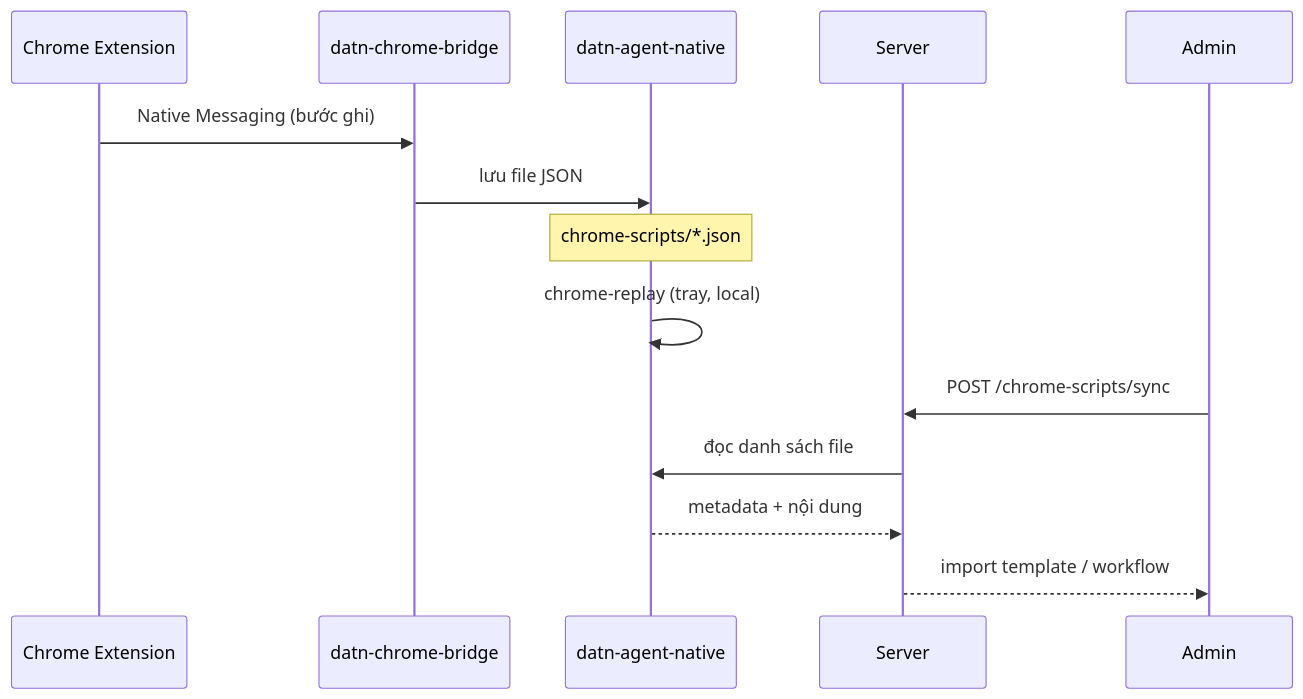
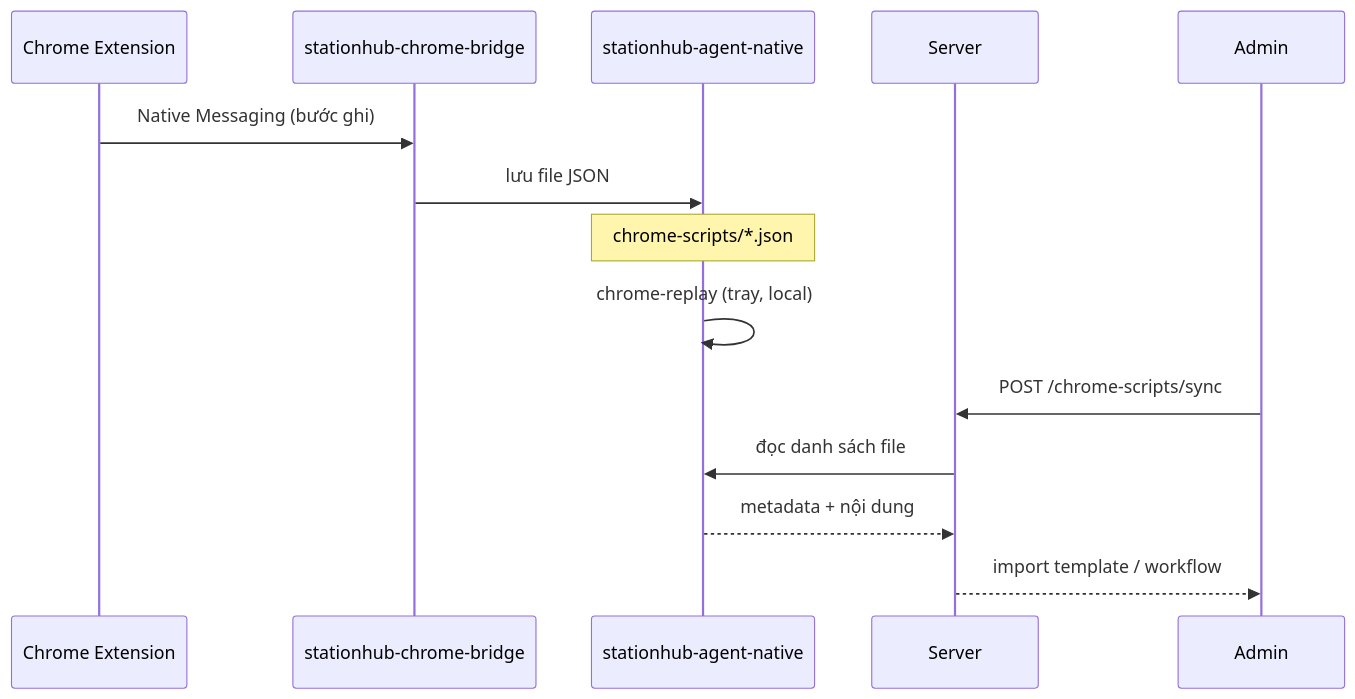
One commit to Daviseraaa/tdoan_remote_datn changed the first of 8 diagrams in README.md. Above: the diagram before and after it, drawn with Mermaid. The commit also changed other lines of this file and 376 other files, not shown here.

````diff
--- a/README.md
+++ b/README.md
@@ -165,17 +165,17 @@
 ```mermaid
 sequenceDiagram
   participant EXT as Chrome Extension
-  participant BR as datn-chrome-bridge
-  participant AG as datn-agent-native
+  participant BR as stationhub-chrome-bridge
+  participant AG as stationhub-agent-native
   participant API as Server
   participant UI as Admin
 
   EXT->>BR: Native Messaging (bước ghi)
   BR->>AG: lưu file JSON
   Note over AG: chrome-scripts/*.json
   AG->>AG: chrome-replay (tray, local)
   UI->>API: POST /chrome-scripts/sync
   API->>AG: đọc danh sách file
   AG-->>API: metadata + nội dung
   API-->>UI: import template / workflow
 ```
````
